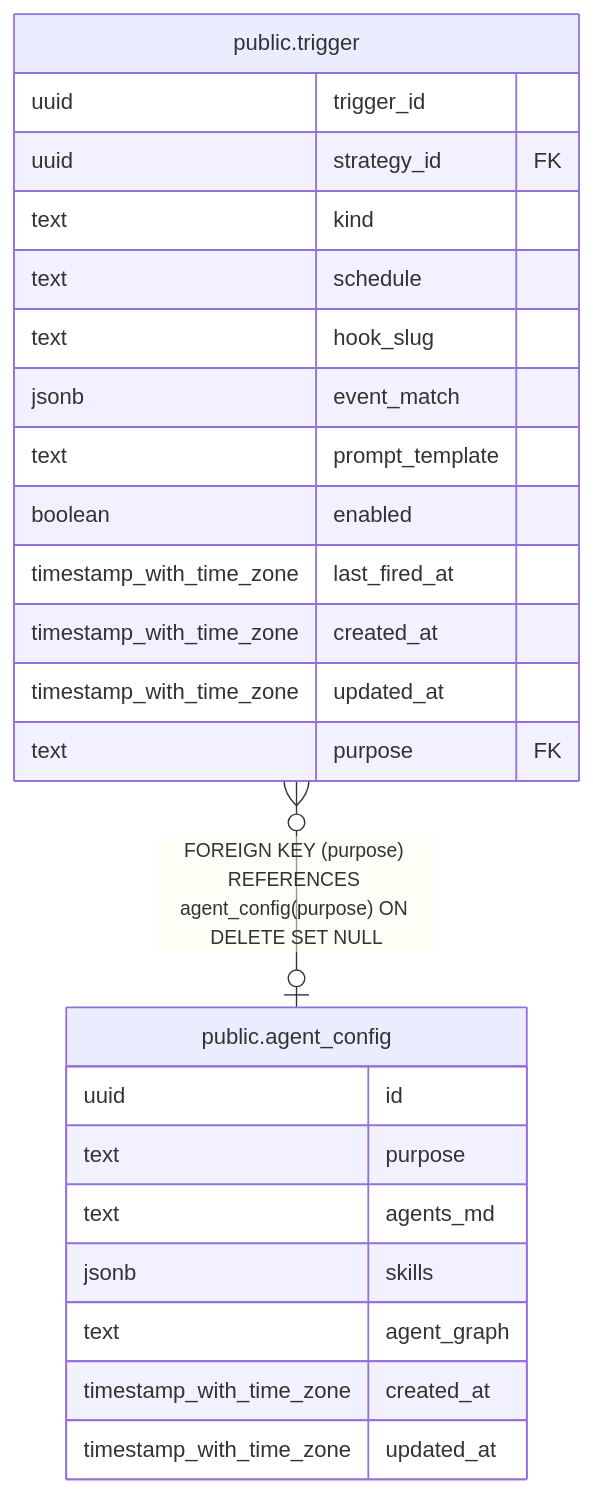
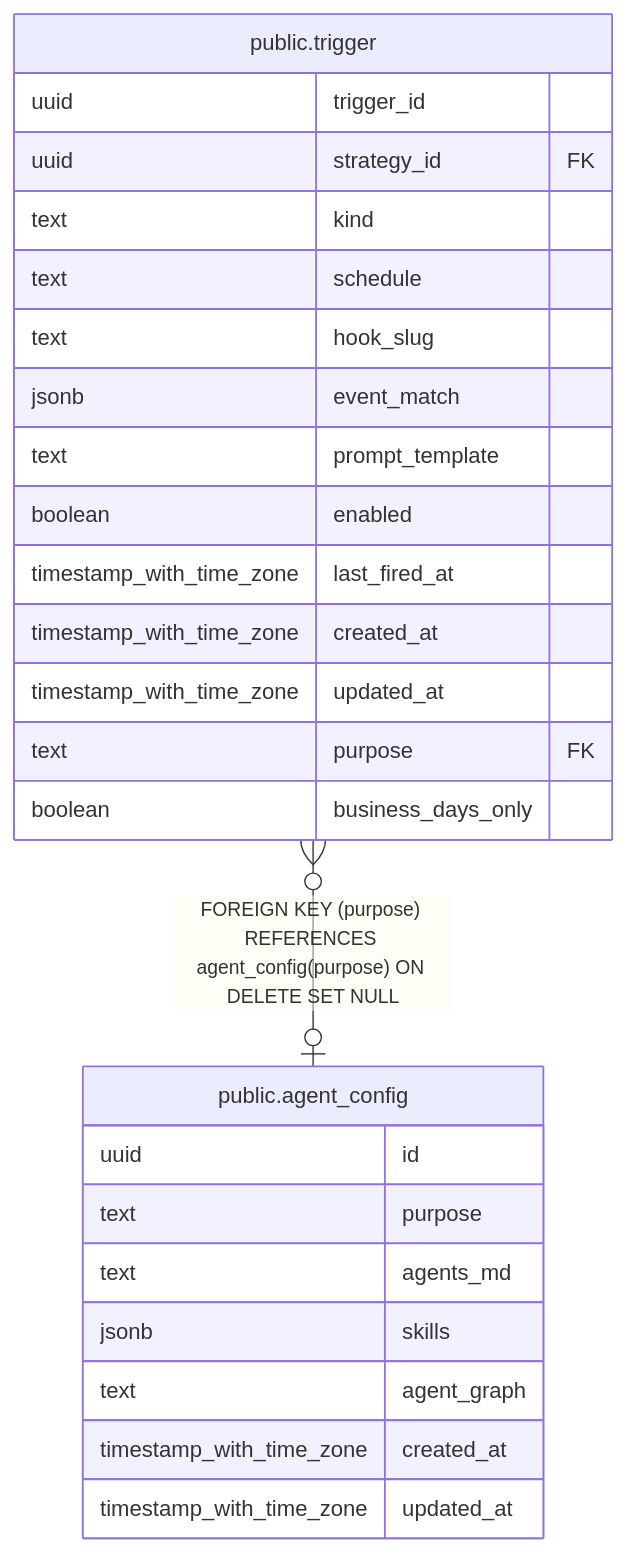
The diagram in backend/docs/db/public.agent_config.md (fohte/t-rader), drawn with Mermaid before and after one commit. The commit also changed 3 other files, not shown here.

````diff
--- a/backend/docs/db/public.agent_config.md
+++ b/backend/docs/db/public.agent_config.md
@@ -35,29 +35,30 @@
 ```mermaid
 erDiagram
 
 "public.trigger" }o--o| "public.agent_config" : "FOREIGN KEY (purpose) REFERENCES agent_config(purpose) ON DELETE SET NULL"
 
 "public.agent_config" {
   uuid id
   text purpose
   text agents_md
   jsonb skills
   text agent_graph
   timestamp_with_time_zone created_at
   timestamp_with_time_zone updated_at
 }
 "public.trigger" {
   uuid trigger_id
   uuid strategy_id FK
   text kind
   text schedule
   text hook_slug
   jsonb event_match
   text prompt_template
   boolean enabled
   timestamp_with_time_zone last_fired_at
   timestamp_with_time_zone created_at
   timestamp_with_time_zone updated_at
   text purpose FK
+  boolean business_days_only
 }
 ```
````
